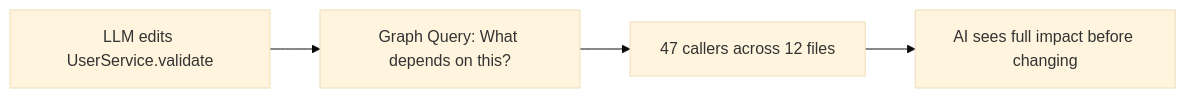
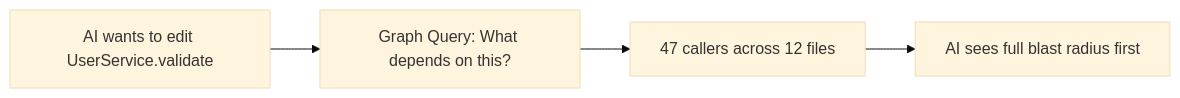
The first of 11 diagrams in README.md (github714801013/GitNexus), drawn with Mermaid (base theme) before and after one commit. The commit also changed other lines of this file, not shown here.

Commit message:
more readme edits

````diff
--- a/README.md
+++ b/README.md
@@ -45,6 +59,6 @@
 ```mermaid
 graph LR
-    EDIT[LLM edits UserService.validate] --> QUERY[Graph Query: What depends on this?]
+    EDIT[AI wants to edit UserService.validate] --> QUERY[Graph Query: What depends on this?]
     QUERY --> DEPS["47 callers across 12 files"]
-    DEPS --> SAFE[AI sees full impact before changing]
+    DEPS --> SAFE[AI sees full blast radius first]
 ```
````
